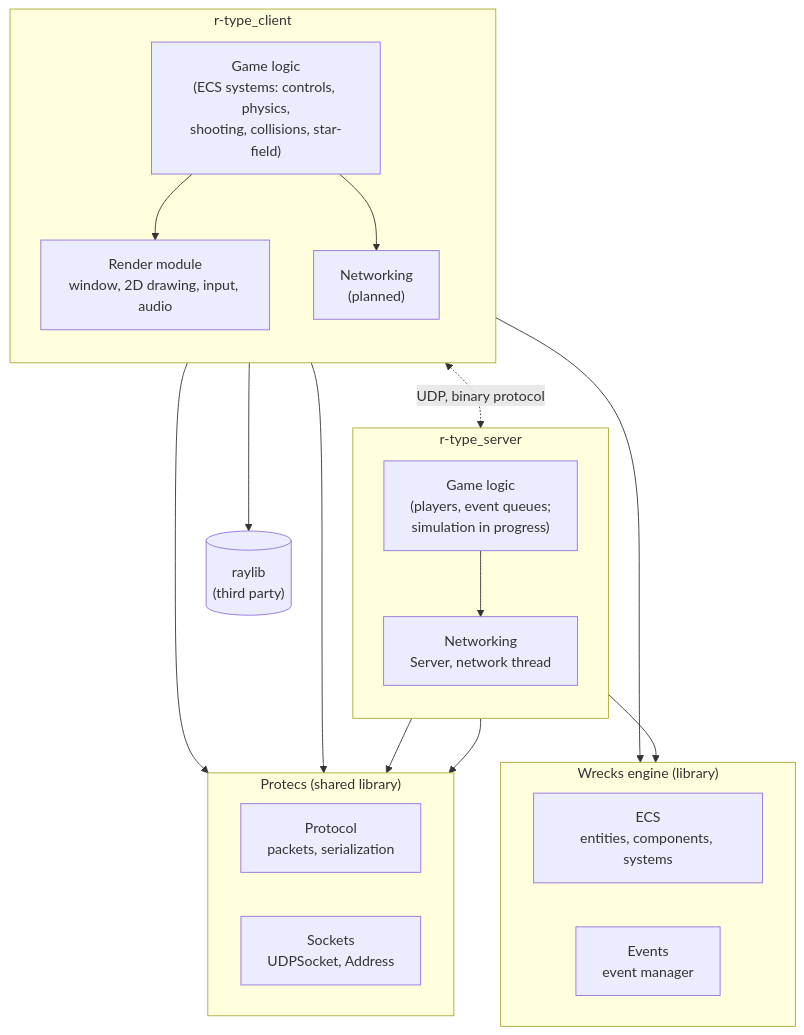
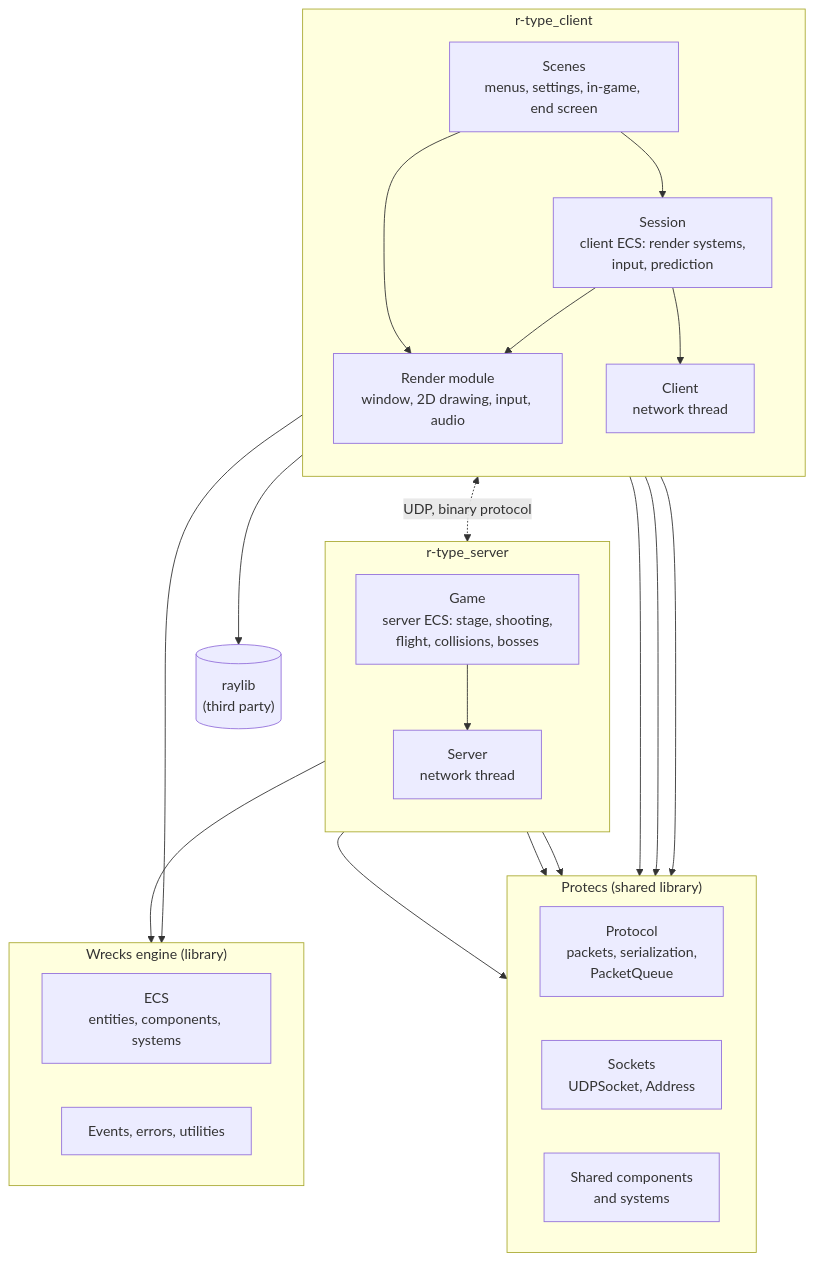
The first of 5 diagrams in docs/architecture.md (Space-Type/Documentation), drawn with Mermaid before and after one commit. The commit also changed other lines of this file, not shown here.

Commit message:
docs(architecture): describe the threads, the ticks and the systems

````diff
--- a/docs/architecture.md
+++ b/docs/architecture.md
@@ -14,41 +14,47 @@
 ```mermaid
 flowchart TB
     subgraph Client["r-type_client"]
         direction TB
-        CGame["Game logic<br/>(ECS systems: controls, physics,<br/>shooting, collisions, star-field)"]
+        CScenes["Scenes<br/>menus, settings, in-game, end screen"]
+        CGame["Session<br/>client ECS: render systems,<br/>input, prediction"]
         CRender["Render module<br/>window, 2D drawing, input, audio"]
-        CNet["Networking<br/>(planned)"]
+        CNet["Client<br/>network thread"]
+        CScenes --> CGame
         CGame --> CRender
+        CScenes --> CRender
         CGame --> CNet
     end
 
     subgraph Server["r-type_server"]
         direction TB
-        SGame["Game logic<br/>(players, event queues;<br/>simulation in progress)"]
-        SNet["Networking<br/>Server, network thread"]
+        SGame["Game<br/>server ECS: stage, shooting,<br/>flight, collisions, bosses"]
+        SNet["Server<br/>network thread"]
         SGame --> SNet
+    end
+
+    subgraph Protecs["Protecs (shared library)"]
+        direction LR
+        Proto["Protocol<br/>packets, serialization,<br/>PacketQueue"]
+        PNet["Sockets<br/>UDPSocket, Address"]
+        Shared["Shared components<br/>and systems"]
     end
 
     subgraph Wrecks["Wrecks engine (library)"]
         direction LR
         ECS["ECS<br/>entities, components, systems"]
-        Events["Events<br/>event manager"]
-    end
-
-    subgraph Protecs["Protecs (shared library)"]
-        direction LR
-        Proto["Protocol<br/>packets, serialization"]
-        PNet["Sockets<br/>UDPSocket, Address"]
+        Events["Events, errors, utilities"]
     end
 
     Raylib[("raylib<br/>(third party)")]
 
     CRender --> Raylib
     CGame --> ECS
     SGame --> ECS
+    CGame --> Shared
+    SGame --> Shared
     CNet --> Proto
     CNet --> PNet
     SNet --> Proto
     SNet --> PNet
     CNet <-. "UDP, binary protocol" .-> SNet
 ```
````
